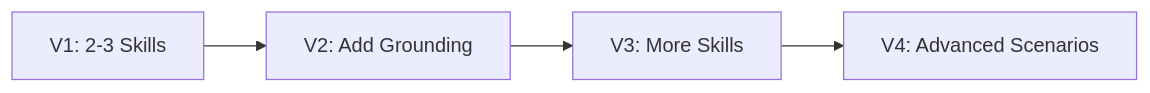
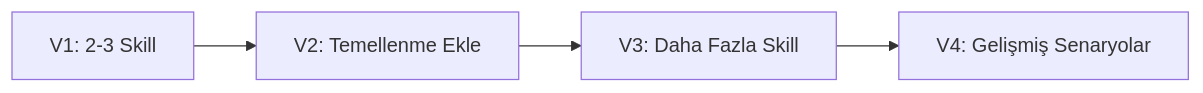
The eighth of 8 diagrams in Technical Tutorials/BTP/TR/chapters/10-building-agents.md (beyhanmeyrali/sap-all), drawn with Mermaid before and after one commit. The commit also changed other lines of this file and 11 other files, not shown here.

````diff
--- a/Technical Tutorials/BTP/TR/chapters/10-building-agents.md
+++ b/Technical Tutorials/BTP/TR/chapters/10-building-agents.md
@@ -500,6 +500,6 @@
 ```mermaid
 graph LR
-    V1[V1: 2-3 Skills] --> V2[V2: Add Grounding]
-    V2 --> V3[V3: More Skills]
-    V3 --> V4[V4: Advanced Scenarios]
+    V1[V1: 2-3 Skill] --> V2[V2: Temellenme Ekle]
+    V2 --> V3[V3: Daha Fazla Skill]
+    V3 --> V4[V4: Gelişmiş Senaryolar]
 ```
````
